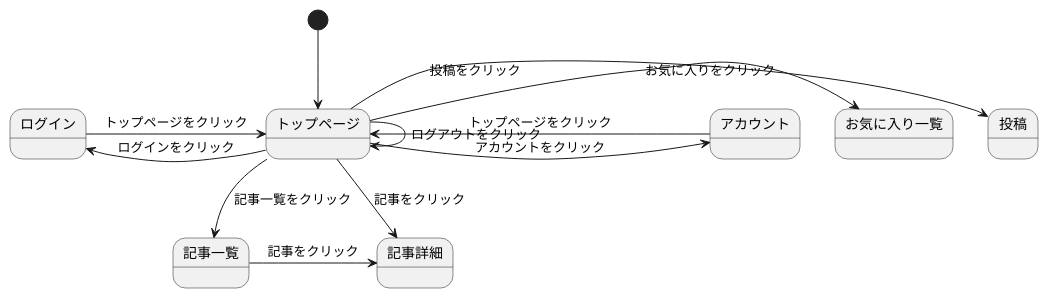
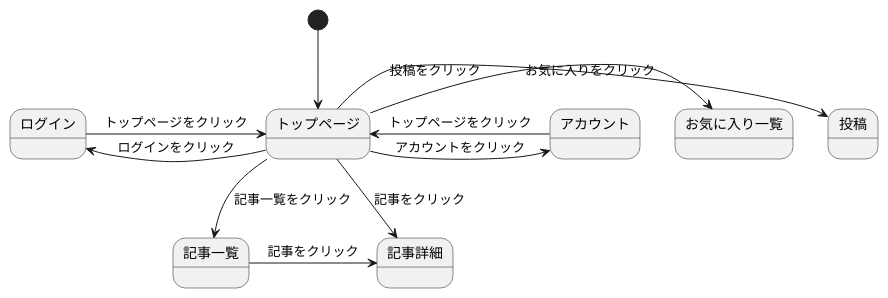
Before and after one commit to Aso2001001/2022System: the diagram in 後期画面遷移.md, drawn with PlantUML.

````diff
--- a/後期画面遷移.md
+++ b/後期画面遷移.md
@@ -1,18 +1,17 @@
 ```uml
 @startuml
 [*] --> トップページ
 
 トップページ -> アカウント : アカウントをクリック
 トップページ -> 記事詳細 : 記事をクリック
-トップページ -> トップページ : ログアウトをクリック
 トップページ -left-> ログイン : ログインをクリック
 トップページ --> 記事一覧 : 記事一覧をクリック
 トップページ -> 投稿 : 投稿をクリック
 トップページ -> お気に入り一覧 : お気に入りをクリック
 記事一覧 -> 記事詳細 : 記事をクリック
 ログイン -> トップページ : トップページをクリック
 アカウント -> トップページ : トップページをクリック
 
 
 @enduml
 ```
````
